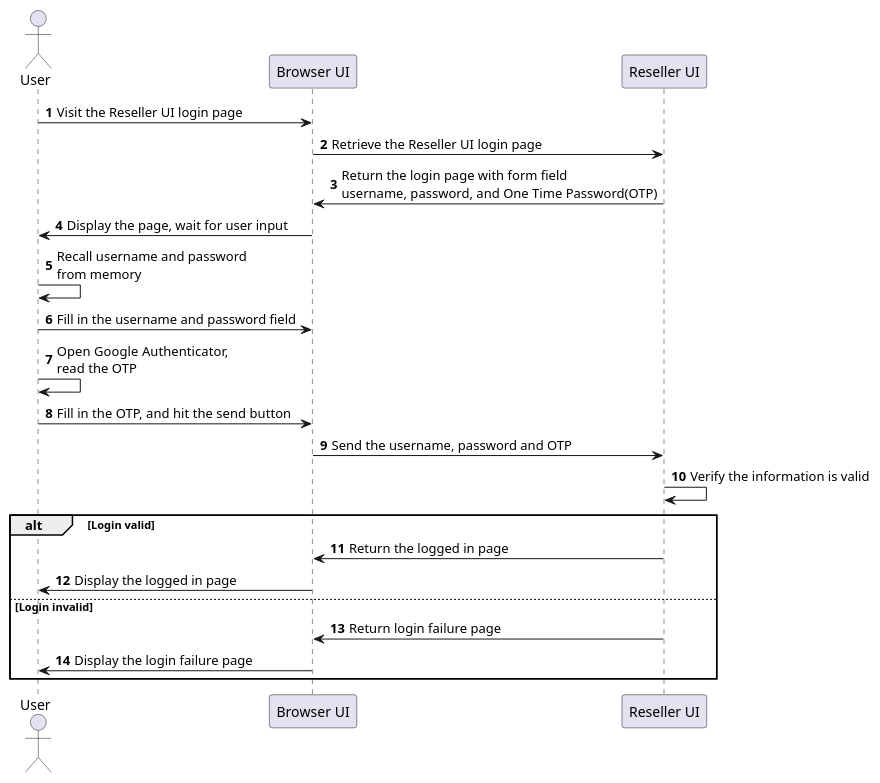
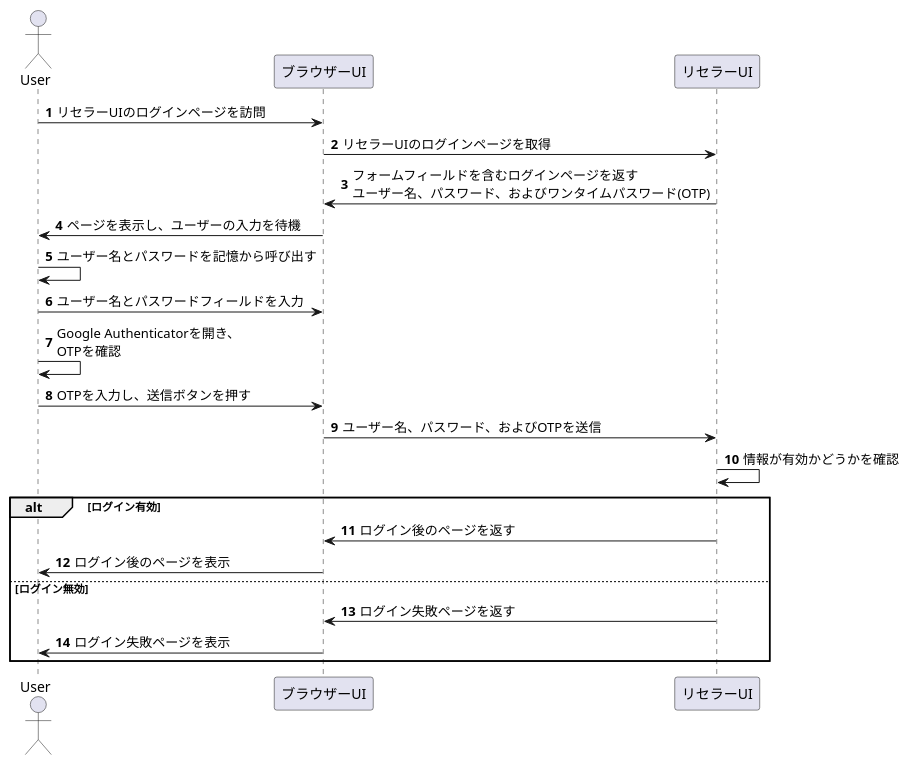
Before and after one commit to tama-jp/plantuml: the diagram in sample/sample4.puml, drawn with PlantUML. The commit also changed 7 other files, not shown here.

```diff
--- a/sample/sample4.puml
+++ b/sample/sample4.puml
@@ -1,25 +1,25 @@
 @startuml
 autonumber
 
 actor User as user
-participant "Browser UI" as browser
-participant "Reseller UI" as reseller_ui
+participant "ブラウザーUI" as browser
+participant "リセラーUI" as reseller_ui
 
-user -> browser : Visit the Reseller UI login page
-browser -> reseller_ui : Retrieve the Reseller UI login page
-browser <- reseller_ui : Return the login page with form field \nusername, password, and One Time Password(OTP)
-user <- browser : Display the page, wait for user input
-user -> user: Recall username and password \nfrom memory
-user -> browser : Fill in the username and password field
-user -> user: Open Google Authenticator, \nread the OTP
-user -> browser : Fill in the OTP, and hit the send button
-browser -> reseller_ui : Send the username, password and OTP
-reseller_ui -> reseller_ui : Verify the information is valid
-alt Login valid
-    browser <- reseller_ui : Return the logged in page
-    user <- browser : Display the logged in page
-else Login invalid
-    browser <- reseller_ui : Return login failure page
-    user <- browser : Display the login failure page
+user -> browser : リセラーUIのログインページを訪問
+browser -> reseller_ui : リセラーUIのログインページを取得
+browser <- reseller_ui : フォームフィールドを含むログインページを返す\nユーザー名、パスワード、およびワンタイムパスワード(OTP)
+user <- browser : ページを表示し、ユーザーの入力を待機
+user -> user: ユーザー名とパスワードを記憶から呼び出す
+user -> browser : ユーザー名とパスワードフィールドを入力
+user -> user: Google Authenticatorを開き、\nOTPを確認
+user -> browser : OTPを入力し、送信ボタンを押す
+browser -> reseller_ui : ユーザー名、パスワード、およびOTPを送信
+reseller_ui -> reseller_ui : 情報が有効かどうかを確認
+alt ログイン有効
+    browser <- reseller_ui : ログイン後のページを返す
+    user <- browser : ログイン後のページを表示
+else ログイン無効
+    browser <- reseller_ui : ログイン失敗ページを返す
+    user <- browser : ログイン失敗ページを表示
 end
 @enduml
```
